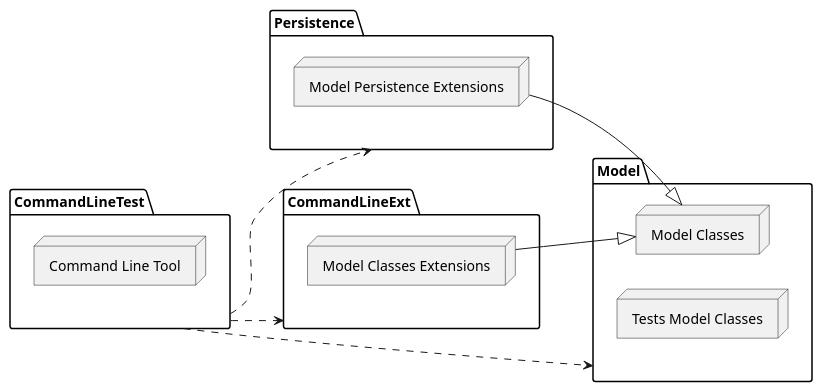
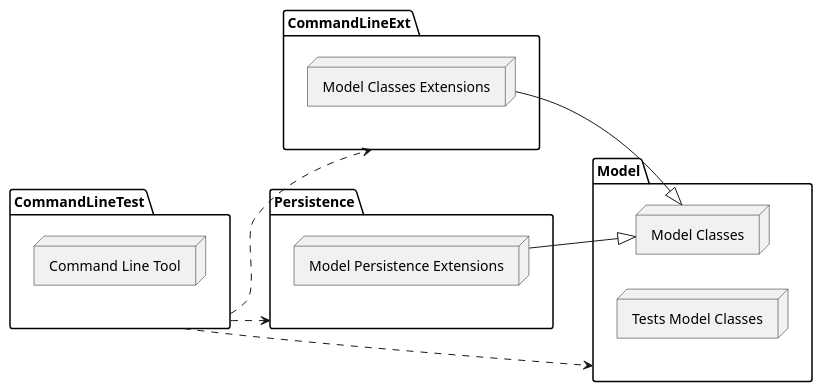
One commit to axdelafuen/doushouqi changed the first of 2 diagrams in README.md. Above: the diagram before and after it, drawn with PlantUML.

````diff
--- a/README.md
+++ b/README.md
@@ -47,31 +47,30 @@
 ```plantuml
 @startuml
 left to right direction
 
+"CommandLineTest" ..> "CommandLineExt"
+"CommandLineTest" ..> "Persistence"
+"CommandLineTest" ..> "Model"
+
 package "CommandLineTest" {
   node "Command Line Tool" 
 }
-
 
 package "Persistence" {
   node "Model Persistence Extensions"
 }
 
 package "CommandLineExt" {
   node "Model Classes Extensions"
 }
 
 package "Model" {
   node "Model Classes"
   node "Tests Model Classes"
 }
 
 "Model Persistence Extensions" --|> "Model Classes"
 "Model Classes Extensions" --|> "Model Classes"
 
-"CommandLineTest" ..> "CommandLineExt"
-"CommandLineTest" ..> "Persistence"
-"CommandLineTest" ..> "Model"
-
 @enduml
 ```
````
